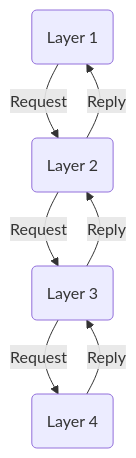
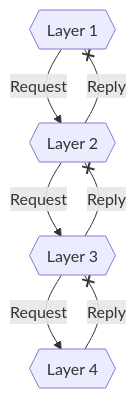
One commit to kanbanyte/sepa changed the fourth of 4 diagrams in assessments/sadrr.md. Above: the diagram before and after it, drawn with Mermaid. The commit also changed other lines of this file, not shown here.

````diff
--- a/assessments/sadrr.md
+++ b/assessments/sadrr.md
@@ -369,9 +376,16 @@
 ```mermaid
-flowchart TD
-    A(Layer 1) -->|Request| B(Layer 2)
-    B-->|Reply|A
-    B -->|Request| C(Layer 3)
-    C-->|Reply|B
-    C -->|Request| D(Layer 4)
-    D-->|Reply|C
+flowchart TB
+	%% nodes
+	L1{{Layer 1}}
+	L2{{Layer 2}}
+	L3{{Layer 3}}
+	L4{{Layer 4}}
+
+	%% transitions
+	L1 -->|Request| L2
+	L2 -->|Request| L3
+	L3 -->|Request| L4
+	L4 --x|Reply| L3
+	L3 --x|Reply| L2
+	L2 --x|Reply| L1
 ```
````
